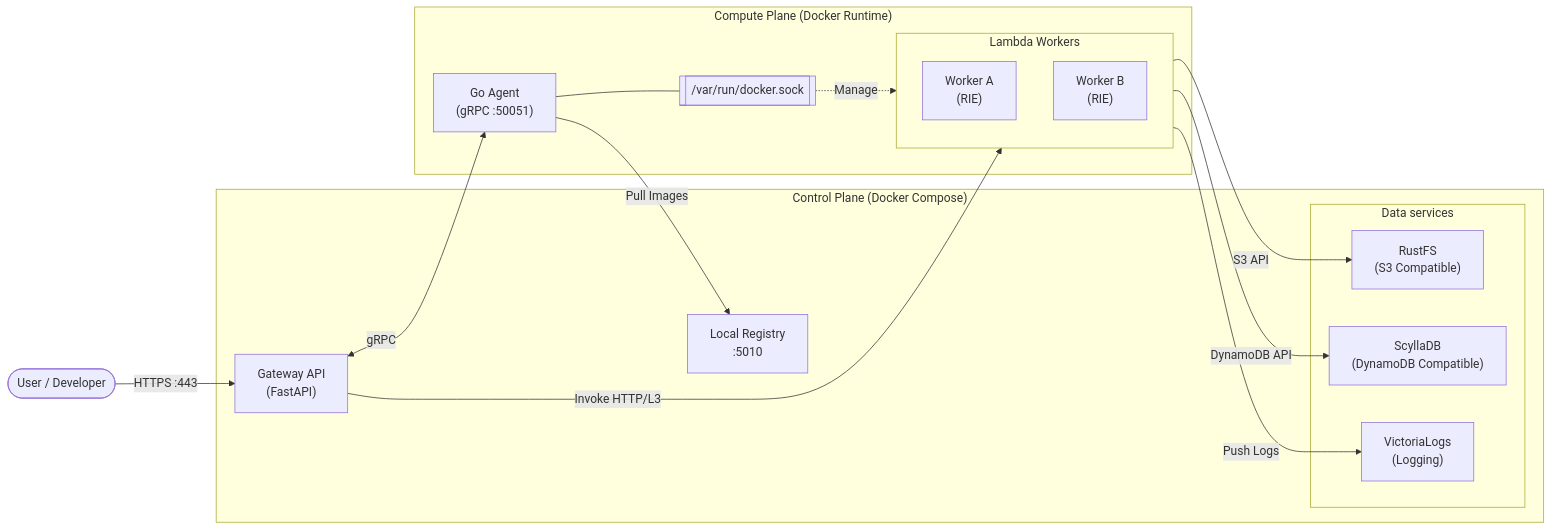
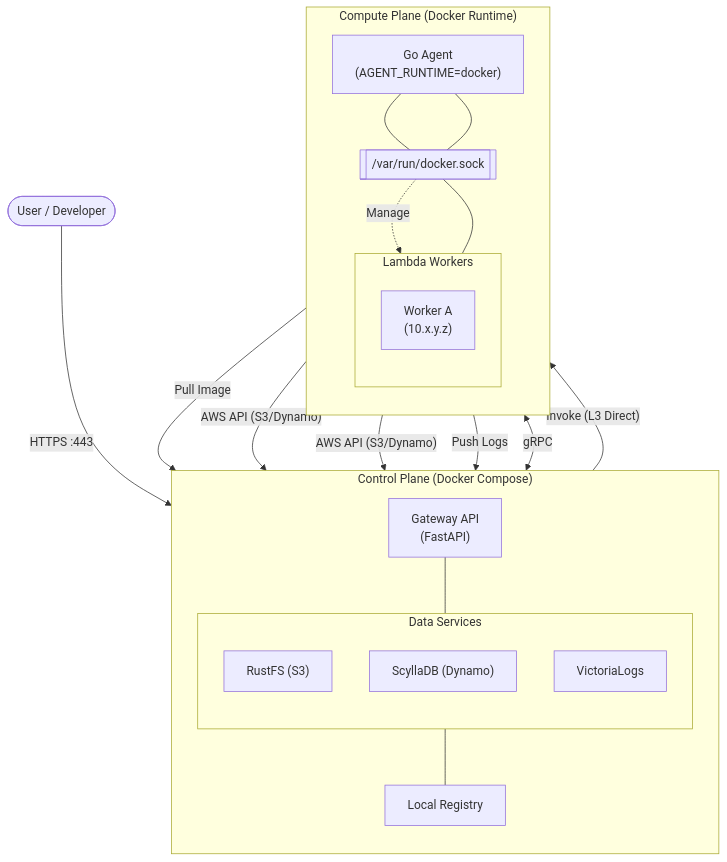
The first of 4 diagrams in docs/architecture-containerd.md (poruru-code/esb), drawn with Mermaid before and after one commit. The commit also changed other lines of this file, not shown here.

Commit message:
docs: unify architecture diagrams naming and fix layout overlaps

````diff
--- a/docs/architecture-containerd.md
+++ b/docs/architecture-containerd.md
@@ -14,40 +13,49 @@
 ```mermaid
-flowchart LR
-    Client(["User / Developer"]) -->|HTTPS :443| Gateway
-
-    subgraph ControlPlane ["Control Plane (Docker Compose)"]
+flowchart TD
+    Client(["User / Developer"]) -->|"HTTPS :443"| Gateway
+    
+    subgraph CP ["Control Plane (Docker Compose)"]
+        direction TB
         Gateway["Gateway API<br/>(FastAPI)"]
         
-        subgraph DataServices ["Data services"]
-            RustFS["RustFS<br/>(S3 Compatible)"]
-            ScyllaDB["ScyllaDB<br/>(DynamoDB Compatible)"]
-            VictoriaLogs["VictoriaLogs<br/>(Logging)"]
+        subgraph DS ["Data Services"]
+            direction TB
+            RustFS["RustFS (S3)"]
+            ScyllaDB["ScyllaDB (Dynamo)"]
+            VL["VictoriaLogs"]
         end
 
-        Registry["Local Registry<br/>:5010"]
+        Registry["Local Registry"]
+        
+        %% Vertical Stack
+        Gateway --- DS
+        DS --- Registry
     end
 
-    subgraph ComputePlane ["Compute Plane (Docker Runtime)"]
-        Agent["Go Agent<br/>(gRPC :50051)"]
+    subgraph CMP ["Compute Plane (Docker Runtime)"]
+        direction TB
+        Agent["Go Agent<br/>(AGENT_RUNTIME=docker)"]
         DockerSock[["/var/run/docker.sock"]]
         
-        subgraph Workers ["Lambda Workers"]
-            WorkerA["Worker A<br/>(RIE)"]
-            WorkerB["Worker B<br/>(RIE)"]
+        subgraph LW ["Lambda Workers"]
+            direction TB
+            WorkerA["Worker A<br/>(10.x.y.z)"]
         end
+        
+        %% Vertical Stack
+        Agent --- DockerSock
+        DockerSock --- LW
     end
 
-    %% Communications
-    Gateway <-->|gRPC| Agent
+    %% Interactions
+    Gateway <-->|"gRPC"| Agent
     Agent --- DockerSock
-    DockerSock -.->|Manage| Workers
+    DockerSock -.->|"Manage"| WorkerA
+    Agent -->|"Pull Image"| Registry
 
-    %% L3 Connectivity (Standard Mode)
-    Gateway -->|Invoke HTTP/L3| Workers
-
-    %% Traffic flows
-    Workers -->|S3 API| RustFS
-    Workers -->|DynamoDB API| ScyllaDB
-    Workers -->|Push Logs| VictoriaLogs
-    Agent -->|Pull Images| Registry
+    %% Networking
+    Gateway -->|"Invoke (L3 Direct)"| WorkerA
+    WorkerA -->|"AWS API (S3/Dynamo)"| RustFS
+    WorkerA -->|"AWS API (S3/Dynamo)"| ScyllaDB
+    WorkerA -->|"Push Logs"| VL
 ```
````
